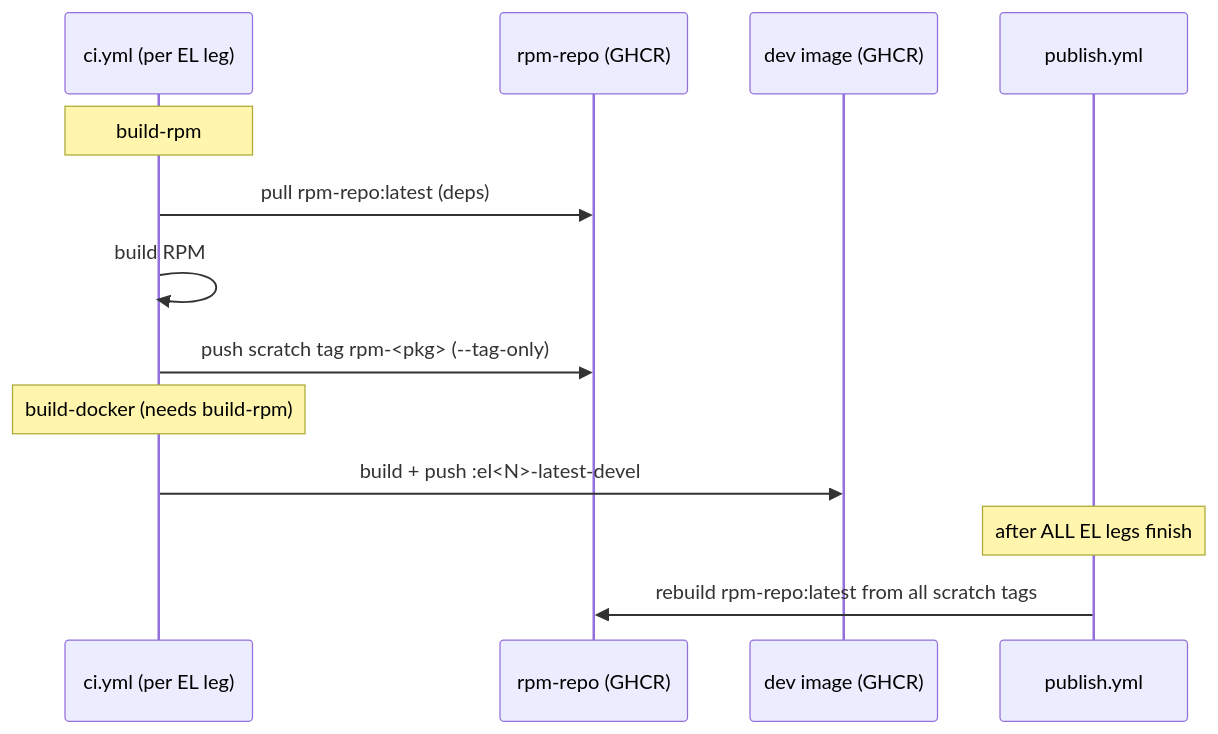
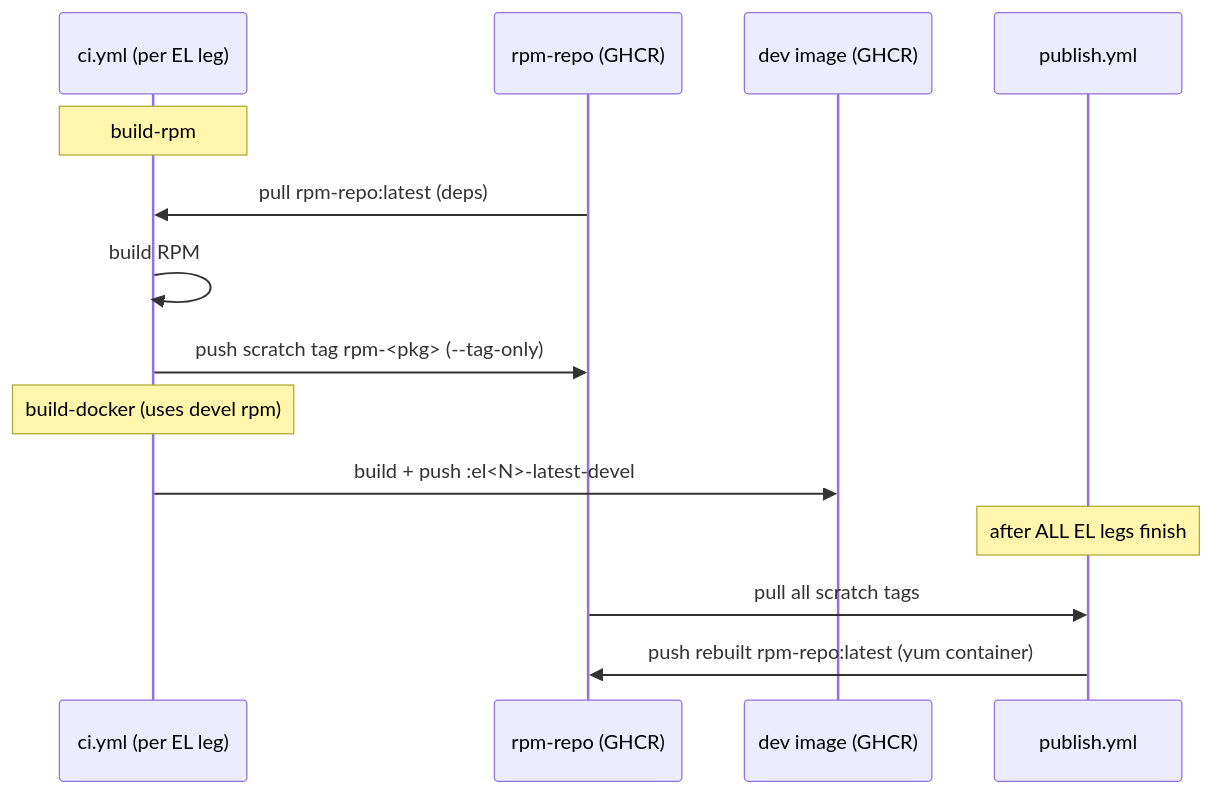
Before and after one commit to gemini-rtsw/gemini-rtsw-ci: the second of 2 diagrams in README.md, drawn with Mermaid. The commit also changed other lines of this file, not shown here.

Commit message:
REL-4958 docs: refine diagrams and simplify GHCR note
- Structure flowchart: rpm-repo edge is bidirectional (pull deps +
  publish RPM).
- Simplify GHCR sentence to just 'you need to be logged in'.
- Sequence: reverse the deps-pull arrow (Repo->CI), label build-docker
  as using the devel rpm, and split the publish step into pulling the
  scratch tags and pushing the rebuilt yum container.

````diff
--- a/README.md
+++ b/README.md
@@ -31,16 +31,17 @@
 ```mermaid
 sequenceDiagram
   participant CI as ci.yml (per EL leg)
   participant Repo as rpm-repo (GHCR)
   participant Dev as dev image (GHCR)
   participant Pub as publish.yml
 
   Note over CI: build-rpm
-  CI->>Repo: pull rpm-repo:latest (deps)
+  Repo->>CI: pull rpm-repo:latest (deps)
   CI->>CI: build RPM
   CI->>Repo: push scratch tag rpm-<pkg> (--tag-only)
-  Note over CI: build-docker (needs build-rpm)
+  Note over CI: build-docker (uses devel rpm)
   CI->>Dev: build + push :el<N>-latest-devel
   Note over Pub: after ALL EL legs finish
-  Pub->>Repo: rebuild rpm-repo:latest from all scratch tags
+  Repo->>Pub: pull all scratch tags
+  Pub->>Repo: push rebuilt rpm-repo:latest (yum container)
 ```
````
